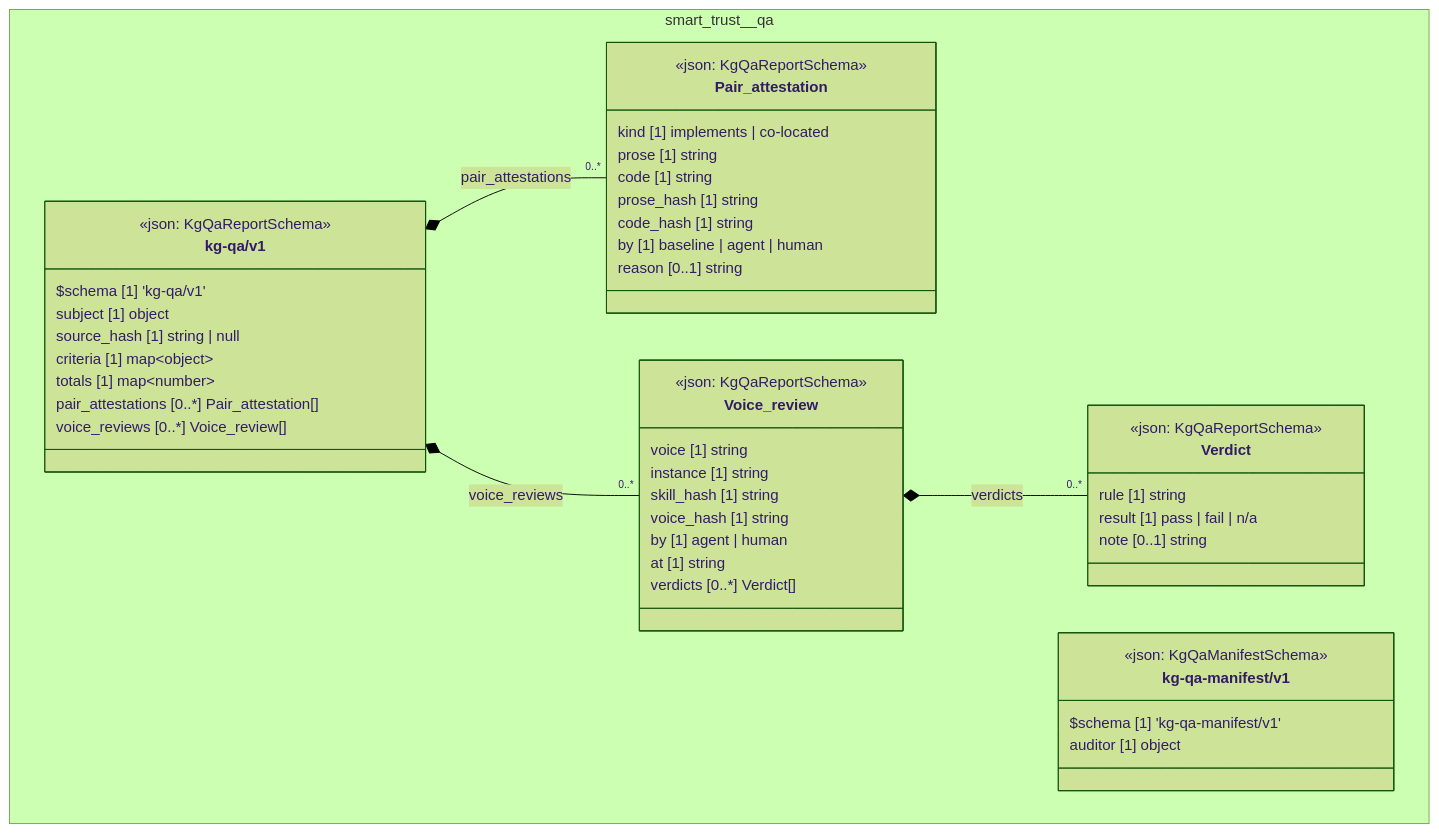
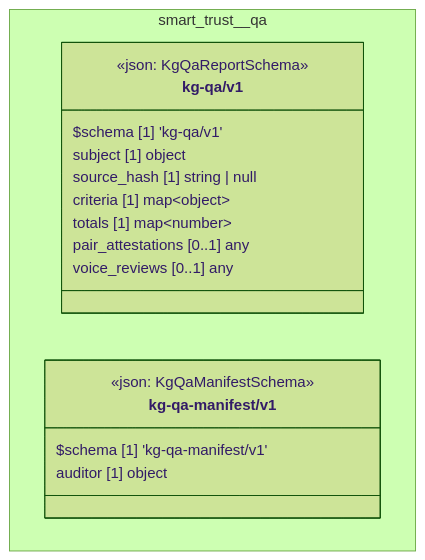
The diagram in cat-harness/docs/uml/overview/smart-trust/qa.md (litlfred/folio-assistant), drawn with Mermaid (forest theme) before and after one commit. The commit also changed 234 other files, not shown here.

````diff
--- a/cat-harness/docs/uml/overview/smart-trust/qa.md
+++ b/cat-harness/docs/uml/overview/smart-trust/qa.md
@@ -42,55 +42,23 @@
 ```mermaid
 classDiagram
   direction TB
   namespace smart_trust__qa {
-    class smart_trust_qa_kg_qa_v1_Pair_attestation["Pair_attestation"] {
-      <<json: KgQaReportSchema>>
-      kind [1] implements | co-located
-      prose [1] string
-      code [1] string
-      prose_hash [1] string
-      code_hash [1] string
-      by [1] baseline | agent | human
-      reason [0..1] string
-    }
-    class smart_trust_qa_kg_qa_v1_Verdict["Verdict"] {
-      <<json: KgQaReportSchema>>
-      rule [1] string
-      result [1] pass | fail | n/a
-      note [0..1] string
-    }
-    class smart_trust_qa_kg_qa_v1_Voice_review["Voice_review"] {
-      <<json: KgQaReportSchema>>
-      voice [1] string
-      instance [1] string
-      skill_hash [1] string
-      voice_hash [1] string
-      by [1] agent | human
-      at [1] string
-      verdicts [0..*] Verdict[]
-    }
     class smart_trust_qa_kg_qa_v1_kg_qa_v1["kg-qa/v1"] {
       <<json: KgQaReportSchema>>
       $schema [1] 'kg-qa/v1'
       subject [1] object
       source_hash [1] string | null
       criteria [1] map~object~
       totals [1] map~number~
-      pair_attestations [0..*] Pair_attestation[]
-      voice_reviews [0..*] Voice_review[]
+      pair_attestations [0..1] any
+      voice_reviews [0..1] any
     }
     class smart_trust_qa_kg_qa_manifest_v1_kg_qa_manifest_v1["kg-qa-manifest/v1"] {
       <<json: KgQaManifestSchema>>
       $schema [1] 'kg-qa-manifest/v1'
       auditor [1] object
     }
   }
-  smart_trust_qa_kg_qa_v1_kg_qa_v1 *-- "0..*" smart_trust_qa_kg_qa_v1_Pair_attestation : pair_attestations
-  smart_trust_qa_kg_qa_v1_Voice_review *-- "0..*" smart_trust_qa_kg_qa_v1_Verdict : verdicts
-  smart_trust_qa_kg_qa_v1_kg_qa_v1 *-- "0..*" smart_trust_qa_kg_qa_v1_Voice_review : voice_reviews
-  cssClass "smart_trust_qa_kg_qa_v1_Pair_attestation" fa_uml_kind_qa
-  cssClass "smart_trust_qa_kg_qa_v1_Verdict" fa_uml_kind_qa
-  cssClass "smart_trust_qa_kg_qa_v1_Voice_review" fa_uml_kind_qa
   cssClass "smart_trust_qa_kg_qa_v1_kg_qa_v1" fa_uml_kind_qa
   cssClass "smart_trust_qa_kg_qa_manifest_v1_kg_qa_manifest_v1" fa_uml_kind_qa
 ```
````
